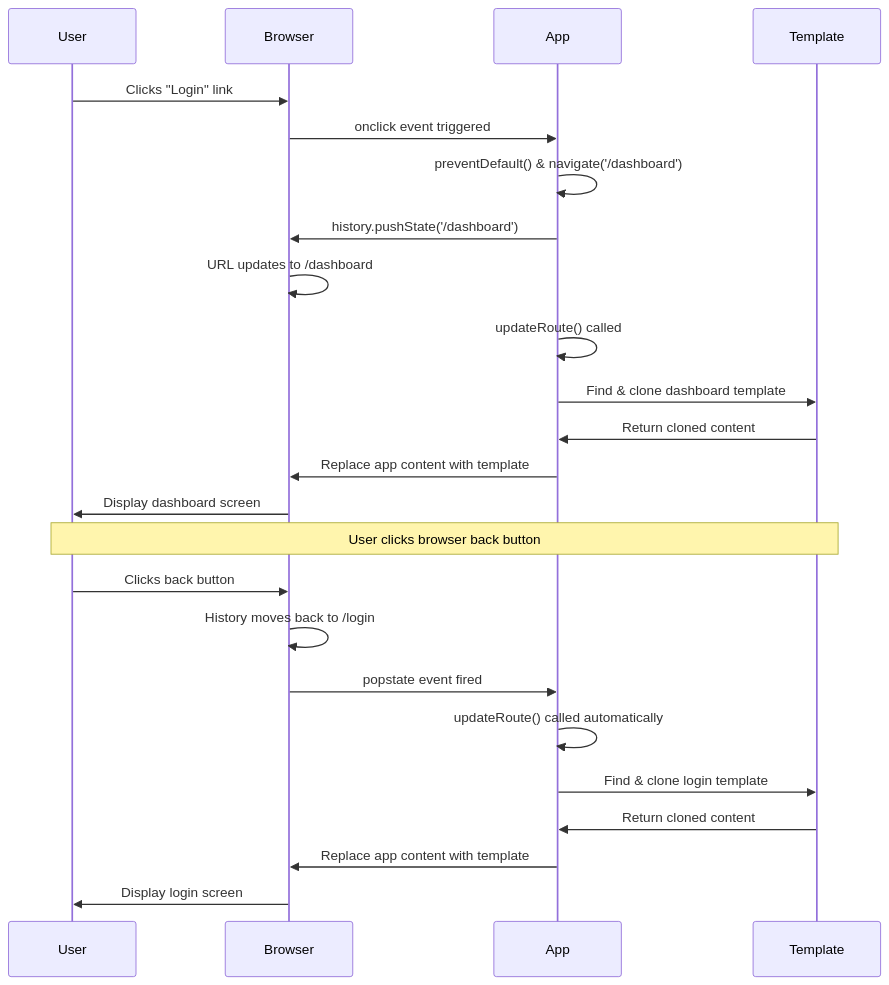
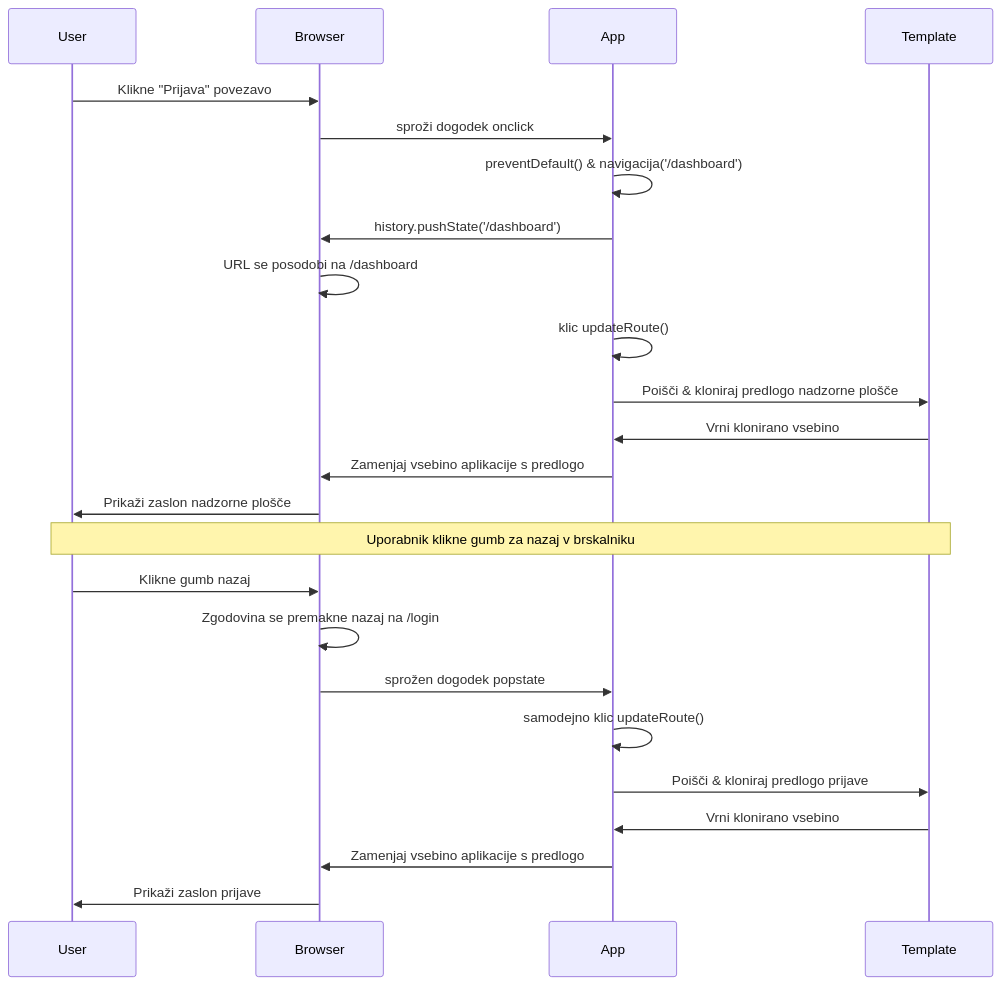
The eighth of 9 diagrams in translations/sl/7-bank-project/1-template-route/README.md (microsoft/Web-Dev-For-Beginners), drawn with Mermaid before and after one commit. The commit also changed other lines of this file and 99 other files, not shown here.

````diff
--- a/translations/sl/7-bank-project/1-template-route/README.md
+++ b/translations/sl/7-bank-project/1-template-route/README.md
@@ -468,29 +609,29 @@
 ```mermaid
 sequenceDiagram
     participant User
     participant Browser
     participant App
     participant Template
     
-    User->>Browser: Clicks "Login" link
-    Browser->>App: onclick event triggered
-    App->>App: preventDefault() & navigate('/dashboard')
+    User->>Browser: Klikne "Prijava" povezavo
+    Browser->>App: sproži dogodek onclick
+    App->>App: preventDefault() & navigacija('/dashboard')
     App->>Browser: history.pushState('/dashboard')
-    Browser->>Browser: URL updates to /dashboard
-    App->>App: updateRoute() called
-    App->>Template: Find & clone dashboard template
-    Template->>App: Return cloned content
-    App->>Browser: Replace app content with template
-    Browser->>User: Display dashboard screen
+    Browser->>Browser: URL se posodobi na /dashboard
+    App->>App: klic updateRoute()
+    App->>Template: Poišči & kloniraj predlogo nadzorne plošče
+    Template->>App: Vrni klonirano vsebino
+    App->>Browser: Zamenjaj vsebino aplikacije s predlogo
+    Browser->>User: Prikaži zaslon nadzorne plošče
     
-    Note over User,Template: User clicks browser back button
+    Note over User,Template: Uporabnik klikne gumb za nazaj v brskalniku
     
-    User->>Browser: Clicks back button
-    Browser->>Browser: History moves back to /login
-    Browser->>App: popstate event fired
-    App->>App: updateRoute() called automatically
-    App->>Template: Find & clone login template
-    Template->>App: Return cloned content
-    App->>Browser: Replace app content with template
-    Browser->>User: Display login screen
+    User->>Browser: Klikne gumb nazaj
+    Browser->>Browser: Zgodovina se premakne nazaj na /login
+    Browser->>App: sprožen dogodek popstate
+    App->>App: samodejno klic updateRoute()
+    App->>Template: Poišči & kloniraj predlogo prijave
+    Template->>App: Vrni klonirano vsebino
+    App->>Browser: Zamenjaj vsebino aplikacije s predlogo
+    Browser->>User: Prikaži zaslon prijave
 ```
````
